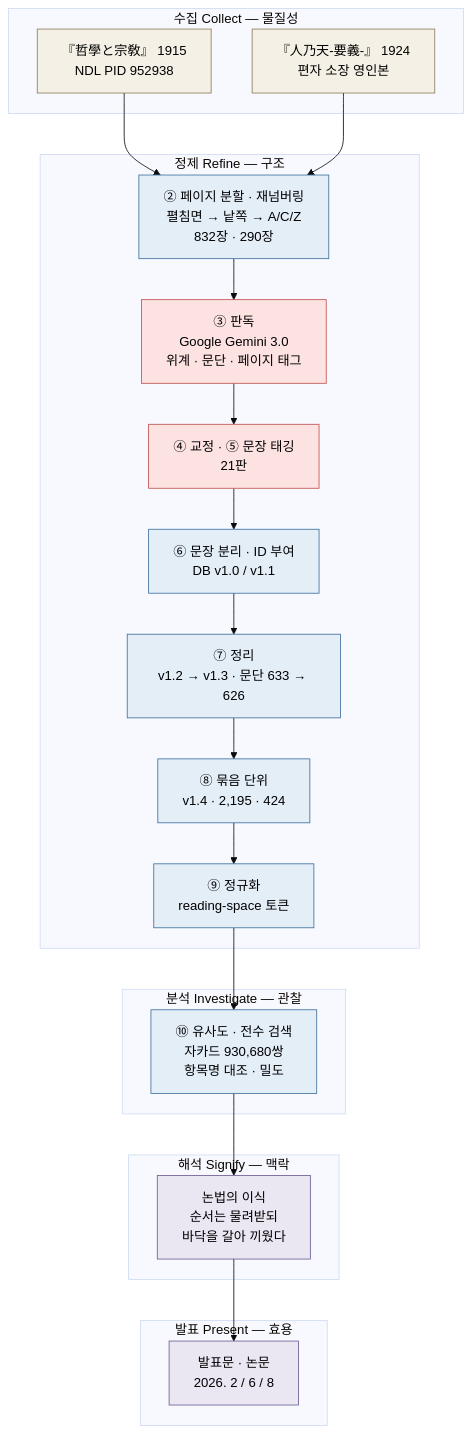
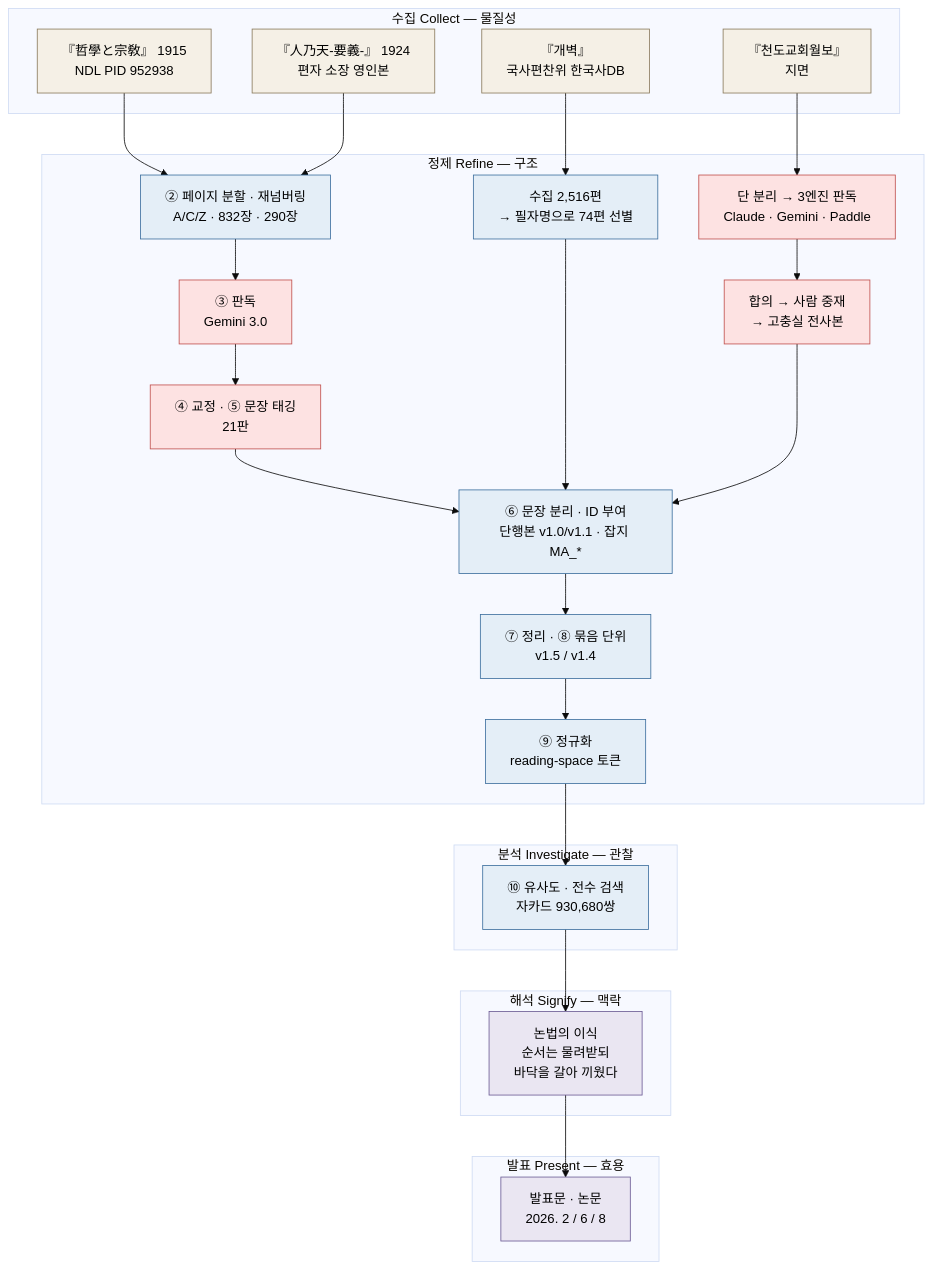
One commit to hursoo/phenomenal-realism-kr changed the diagram in README.md. Above: the diagram before and after it, drawn with Mermaid (base theme). The commit also changed other lines of this file, not shown here.

````diff
--- a/README.md
+++ b/README.md
@@ -101,51 +132,59 @@
 ```mermaid
 flowchart TD
     subgraph CO["수집 Collect — 물질성"]
         A1["『哲學と宗敎』 1915<br/>NDL PID 952938"]
         A2["『人乃天-要義-』 1924<br/>편자 소장 영인본"]
+        A3["『개벽』<br/>국사편찬위 한국사DB"]
+        A4["『천도교회월보』<br/>지면"]
     end
 
     subgraph RE["정제 Refine — 구조"]
-        B["② 페이지 분할 · 재넘버링<br/>펼침면 → 낱쪽 → A/C/Z<br/>832장 · 290장"]
-        C["③ 판독<br/>Google Gemini 3.0<br/>위계 · 문단 · 페이지 태그"]
+        B["② 페이지 분할 · 재넘버링<br/>A/C/Z · 832장 · 290장"]
+        C["③ 판독<br/>Gemini 3.0"]
         D["④ 교정 · ⑤ 문장 태깅<br/>21판"]
-        E["⑥ 문장 분리 · ID 부여<br/>DB v1.0 / v1.1"]
-        F["⑦ 정리<br/>v1.2 → v1.3 · 문단 633 → 626"]
-        G["⑧ 묶음 단위<br/>v1.4 · 2,195 · 424"]
+        M1["수집 2,516편<br/>→ 필자명으로 74편 선별"]
+        M2["단 분리 → 3엔진 판독<br/>Claude · Gemini · Paddle"]
+        M3["합의 → 사람 중재<br/>→ 고충실 전사본"]
+        E["⑥ 문장 분리 · ID 부여<br/>단행본 v1.0/v1.1 · 잡지 MA_*"]
+        F["⑦ 정리 · ⑧ 묶음 단위<br/>v1.5 / v1.4"]
         H["⑨ 정규화<br/>reading-space 토큰"]
     end
 
     subgraph IN["분석 Investigate — 관찰"]
-        J["⑩ 유사도 · 전수 검색<br/>자카드 930,680쌍<br/>항목명 대조 · 밀도"]
+        J["⑩ 유사도 · 전수 검색<br/>자카드 930,680쌍"]
     end
 
     subgraph SI["해석 Signify — 맥락"]
         K["논법의 이식<br/>순서는 물려받되<br/>바닥을 갈아 끼웠다"]
     end
 
     subgraph PR["발표 Present — 효용"]
         L["발표문 · 논문<br/>2026. 2 / 6 / 8"]
     end
 
     A1 --> B
     A2 --> B
     B --> C
     C --> D
     D --> E
+    A3 --> M1
+    M1 --> E
+    A4 --> M2
+    M2 --> M3
+    M3 --> E
     E --> F
-    F --> G
-    G --> H
+    F --> H
     H --> J
     J --> K
     K --> L
 
     classDef src fill:#f5f0e6,stroke:#8a7a5c,color:#000
     classDef ai fill:#fde2e2,stroke:#c0504d,color:#000
     classDef rule fill:#e4eef7,stroke:#3d6f9e,color:#000
     classDef interp fill:#eae6f2,stroke:#6b5b95,color:#000
 
-    class A1,A2 src
-    class C,D ai
-    class B,E,F,G,H,J rule
+    class A1,A2,A3,A4 src
+    class C,D,M2,M3 ai
+    class B,M1,E,F,H,J rule
     class K,L interp
 ```
````
